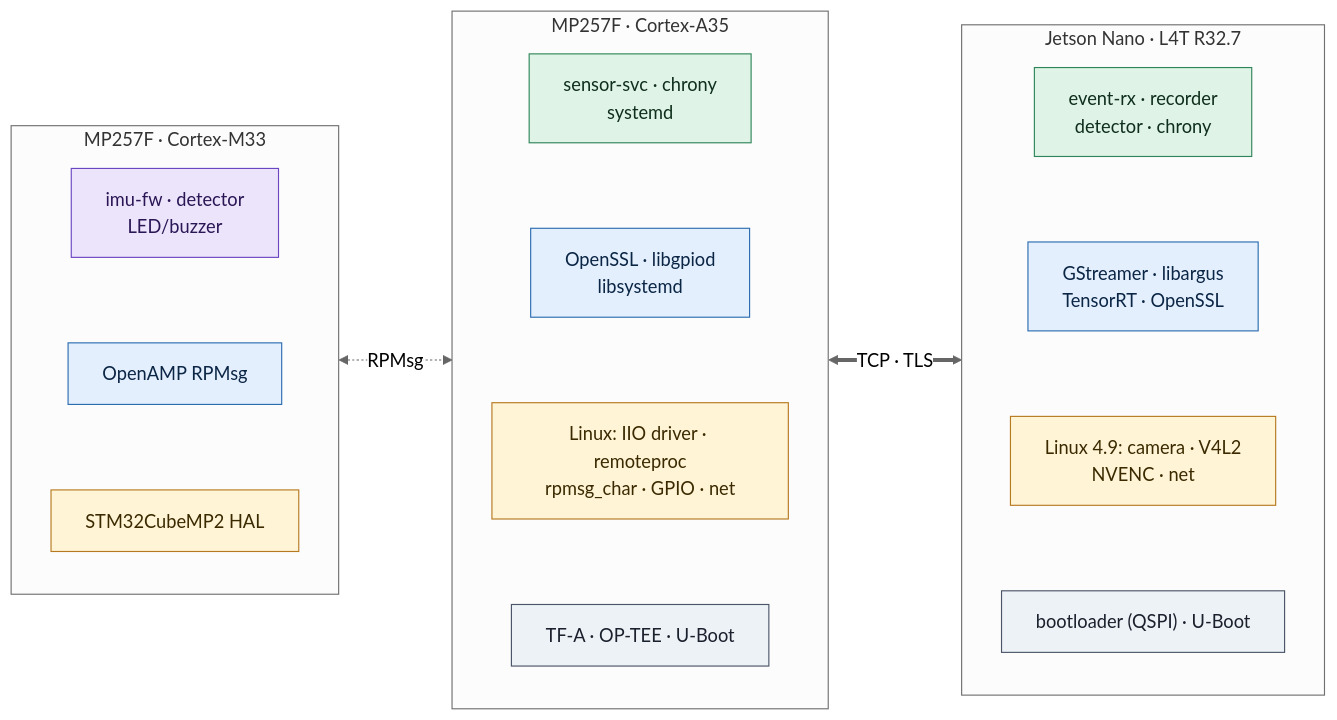
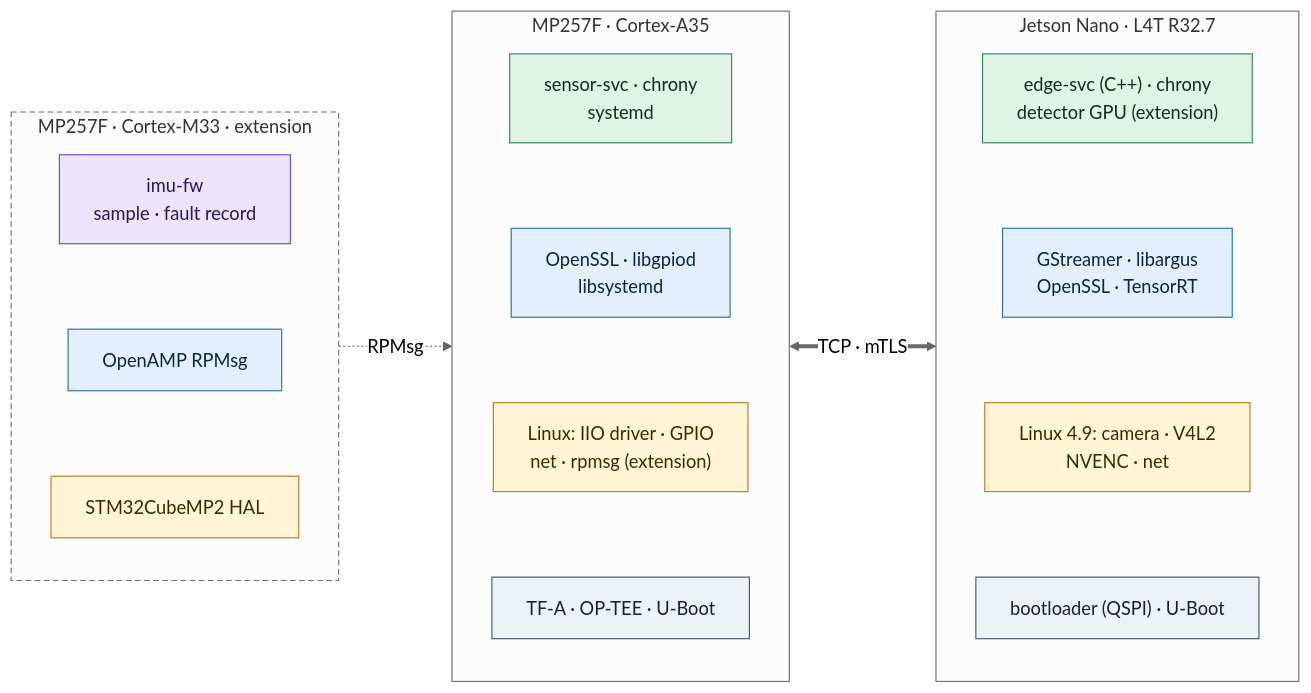
The fourth of 7 diagrams in projects/stm32mp257f-dk_jetson-nano/README.md (KaithanNguyen/embedded-linux-roadmap), drawn with Mermaid (neutral theme) before and after one commit. The commit also changed other lines of this file and 28 other files, not shown here.

````diff
--- a/projects/stm32mp257f-dk_jetson-nano/README.md
+++ b/projects/stm32mp257f-dk_jetson-nano/README.md
@@ -125,34 +161,35 @@
 ```mermaid
 flowchart LR
-  subgraph S2["MP257F · Cortex-M33"]
-    direction TB
-    M1["imu-fw · detector<br/>LED/buzzer"]:::fw
-    M2["OpenAMP RPMsg"]:::lib
-    M3["STM32CubeMP2 HAL"]:::kern
-    M1 ~~~ M2 ~~~ M3
-  end
   subgraph S1["MP257F · Cortex-A35"]
     direction TB
     A1["sensor-svc · chrony<br/>systemd"]:::svc
     A2["OpenSSL · libgpiod<br/>libsystemd"]:::lib
-    A3["Linux: IIO driver · remoteproc<br/>rpmsg_char · GPIO · net"]:::kern
+    A3["Linux: IIO driver · GPIO<br/>net · rpmsg (extension)"]:::kern
     A4["TF-A · OP-TEE · U-Boot"]:::boot
     A1 ~~~ A2 ~~~ A3 ~~~ A4
   end
   subgraph S3["Jetson Nano · L4T R32.7"]
     direction TB
-    J1["event-rx · recorder<br/>detector · chrony"]:::svc
-    J2["GStreamer · libargus<br/>TensorRT · OpenSSL"]:::lib
+    J1["edge-svc (C++) · chrony<br/>detector GPU (extension)"]:::svc
+    J2["GStreamer · libargus<br/>OpenSSL · TensorRT"]:::lib
     J3["Linux 4.9: camera · V4L2<br/>NVENC · net"]:::kern
     J4["bootloader (QSPI) · U-Boot"]:::boot
     J1 ~~~ J2 ~~~ J3 ~~~ J4
   end
-  S2 <-.->|"RPMsg"| S1
-  S1 <==>|"TCP · TLS"| S3
+  subgraph S2["MP257F · Cortex-M33 · extension"]
+    direction TB
+    M1["imu-fw<br/>sample · fault record"]:::fw
+    M2["OpenAMP RPMsg"]:::lib
+    M3["STM32CubeMP2 HAL"]:::kern
+    M1 ~~~ M2 ~~~ M3
+  end
+  S1 <==>|"TCP · mTLS"| S3
+  S2 -.->|"RPMsg"| S1
 
   classDef svc fill:#dff3e6,stroke:#2f855a,color:#0f2e1c
   classDef lib fill:#e3effd,stroke:#2b6cb0,color:#0b2545
   classDef kern fill:#fff4d6,stroke:#b7791f,color:#3b2a00
   classDef boot fill:#edf2f7,stroke:#4a5568,color:#1a202c
   classDef fw fill:#ece4fb,stroke:#6b46c1,color:#2a1655
+  style S2 stroke-dasharray:5 3
 ```
````
